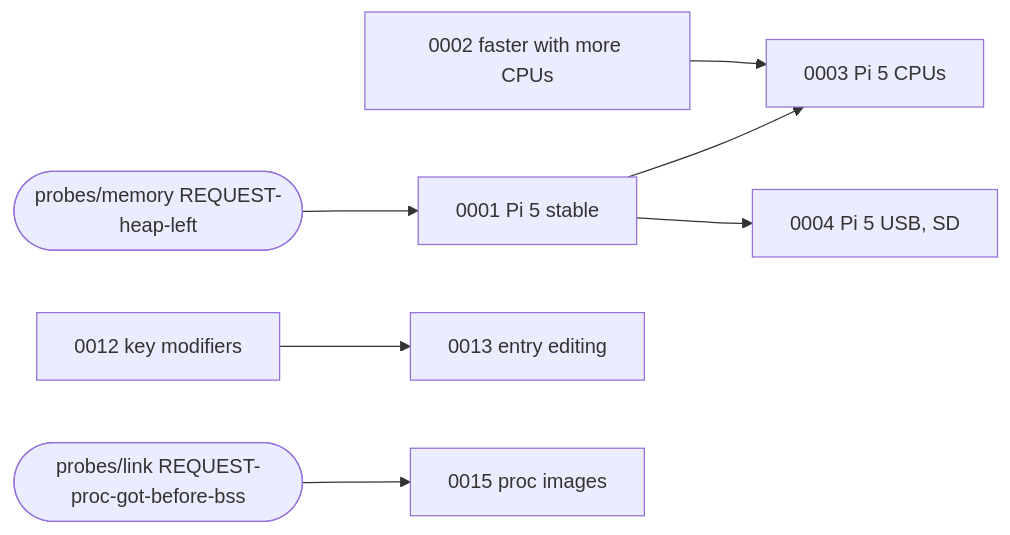
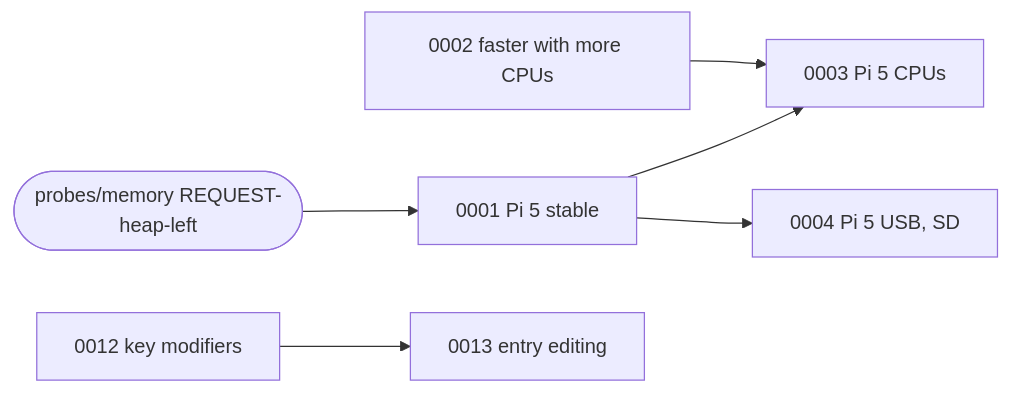
Before and after one commit to misleb/L0S: the diagram in roadmap/INDEX.md, drawn with Mermaid. The commit also changed other lines of this file and 2 other files, not shown here.

First line of the commit message:
Close roadmap 0015: proc images no longer carry .bss's zeros

````diff
--- a/roadmap/INDEX.md
+++ b/roadmap/INDEX.md
@@ -50,9 +49,8 @@
 ```mermaid
 graph LR
   0001[0001 Pi 5 stable] --> 0003[0003 Pi 5 CPUs]
   0002[0002 faster with more CPUs] --> 0003
   0001 --> 0004[0004 Pi 5 USB, SD]
   0012[0012 key modifiers] --> 0013[0013 entry editing]
-  R1([probes/link REQUEST-proc-got-before-bss]) --> 0015[0015 proc images]
   R2([probes/memory REQUEST-heap-left]) --> 0001
 ```
````
